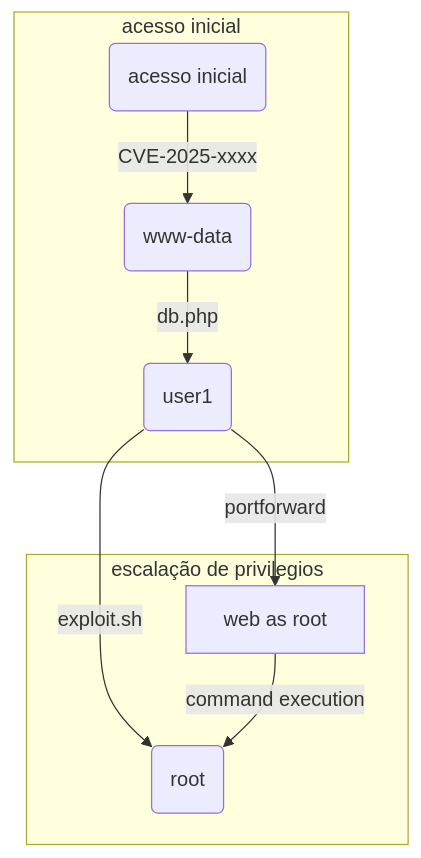
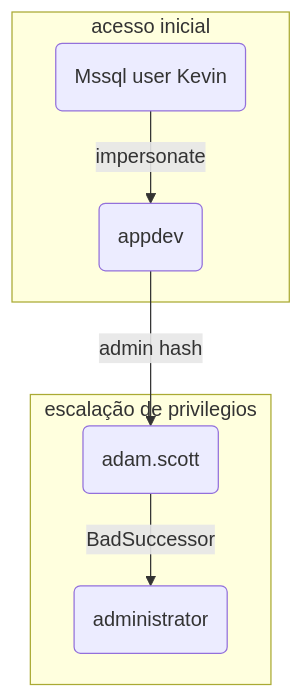
The diagram in content/CTF/Hackthebox/Eighteen/Eighteen HTB Write-up.md (Pre4ch3r/Hacking), drawn with Mermaid before and after one commit. The commit also changed other lines of this file, not shown here.

````diff
--- a/content/CTF/Hackthebox/Eighteen/Eighteen HTB Write-up.md
+++ b/content/CTF/Hackthebox/Eighteen/Eighteen HTB Write-up.md
@@ -427,12 +673,10 @@
 ```mermaid
 flowchart TD
 	subgraph acesso inicial
-    A(acesso inicial) -->|CVE-2025-xxxx| B(www-data) 
-    B -->|db.php| C(user1)
+    A(Mssql user Kevin) -->|impersonate| B(appdev) 
     end
+    B -->|admin hash| C(adam.scott)
     subgraph escalação de privilegios
-    C -->|exploit.sh| D(root)
-    C -->|portforward| E[web as root]
-    E -->|command execution| D(root)
+    C -->|BadSuccessor| D(administrator)
     end
 ```
````
